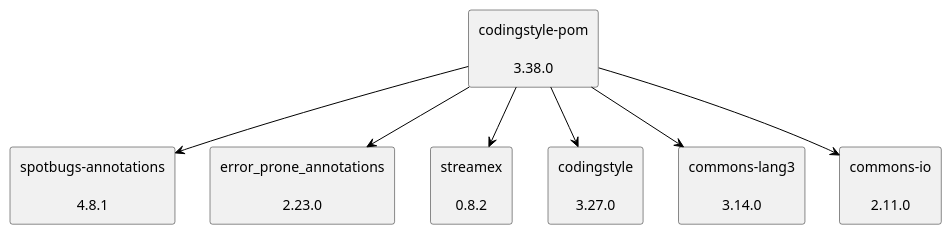
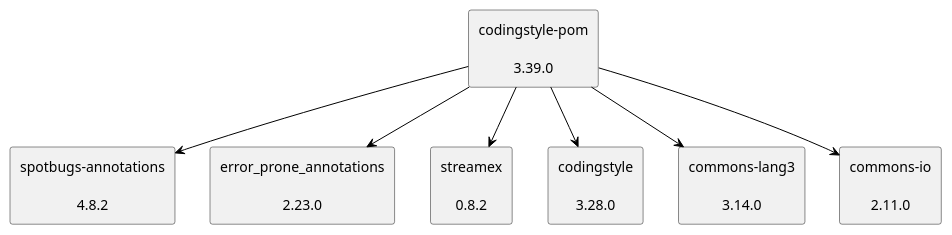
One commit to uhafner/codingstyle-pom changed the diagram in doc/dependency-graph.puml. Above: the diagram before and after it, drawn with PlantUML.

Commit message:
Update version.

```diff
--- a/doc/dependency-graph.puml
+++ b/doc/dependency-graph.puml
@@ -1,22 +1,22 @@
 @startuml
 skinparam defaultTextAlignment center
 skinparam rectangle {
   BackgroundColor<<optional>> beige
   BackgroundColor<<test>> lightGreen
   BackgroundColor<<runtime>> lightBlue
   BackgroundColor<<provided>> lightGray
 }
-rectangle "codingstyle-pom\n\n3.38.0" as edu_hm_hafner_codingstyle_pom_pom
-rectangle "spotbugs-annotations\n\n4.8.1" as com_github_spotbugs_spotbugs_annotations_jar
+rectangle "codingstyle-pom\n\n3.39.0" as edu_hm_hafner_codingstyle_pom_pom
+rectangle "spotbugs-annotations\n\n4.8.2" as com_github_spotbugs_spotbugs_annotations_jar
 rectangle "error_prone_annotations\n\n2.23.0" as com_google_errorprone_error_prone_annotations_jar
 rectangle "streamex\n\n0.8.2" as one_util_streamex_jar
-rectangle "codingstyle\n\n3.27.0" as edu_hm_hafner_codingstyle_jar
+rectangle "codingstyle\n\n3.28.0" as edu_hm_hafner_codingstyle_jar
 rectangle "commons-lang3\n\n3.14.0" as org_apache_commons_commons_lang3_jar
 rectangle "commons-io\n\n2.11.0" as commons_io_commons_io_jar
 edu_hm_hafner_codingstyle_pom_pom -[#000000]-> com_github_spotbugs_spotbugs_annotations_jar
 edu_hm_hafner_codingstyle_pom_pom -[#000000]-> com_google_errorprone_error_prone_annotations_jar
 edu_hm_hafner_codingstyle_pom_pom -[#000000]-> one_util_streamex_jar
 edu_hm_hafner_codingstyle_pom_pom -[#000000]-> edu_hm_hafner_codingstyle_jar
 edu_hm_hafner_codingstyle_pom_pom -[#000000]-> org_apache_commons_commons_lang3_jar
 edu_hm_hafner_codingstyle_pom_pom -[#000000]-> commons_io_commons_io_jar
 @enduml
```
